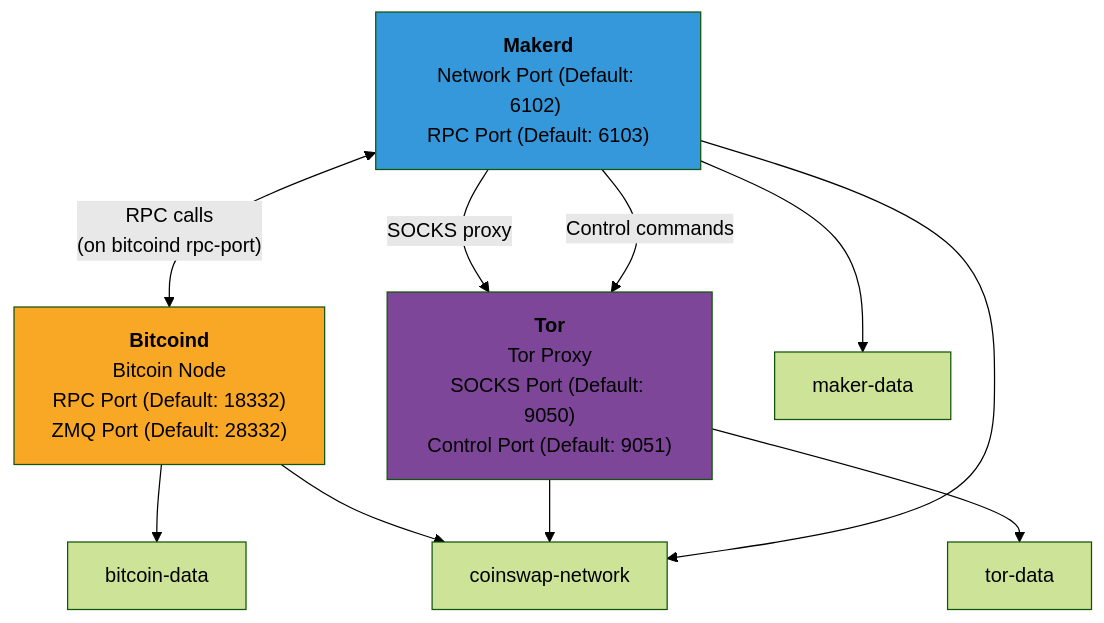
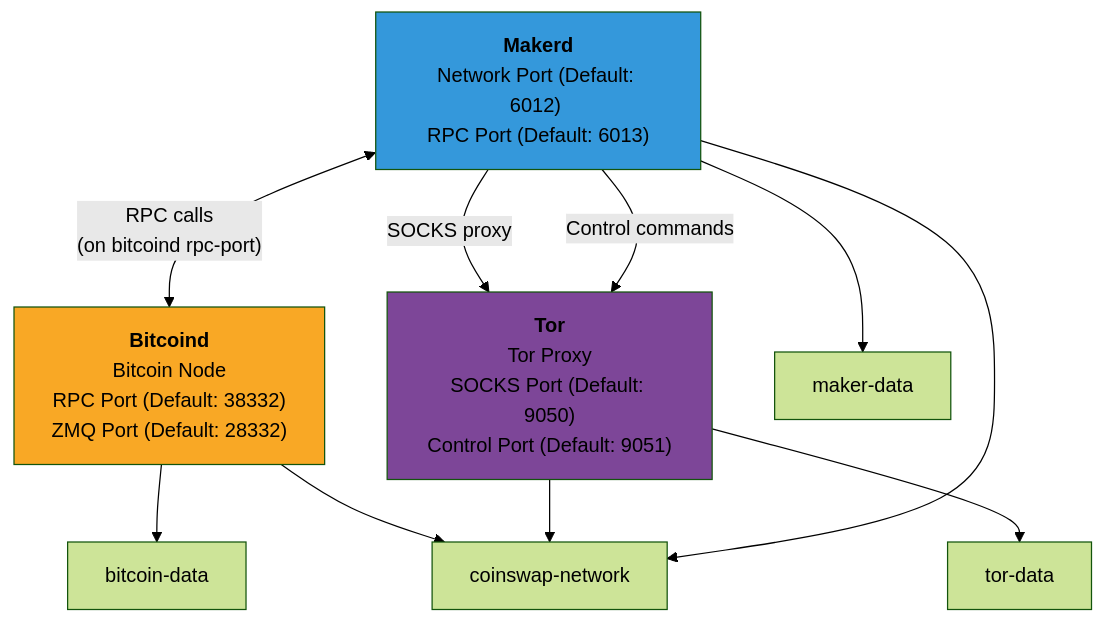
Before and after one commit to citadel-tech/coinswap: the diagram in docs/docker.md, drawn with Mermaid (forest theme). The commit also changed other lines of this file and 2 other files, not shown here.

````diff
--- a/docs/docker.md
+++ b/docs/docker.md
@@ -25,32 +26,32 @@
 ```mermaid
 graph TD
-    bitcoind["<b>Bitcoind</b><br/>Bitcoin Node<br/>RPC Port (Default: 18332)<br/>ZMQ Port (Default: 28332)"]
+    bitcoind["<b>Bitcoind</b><br/>Bitcoin Node<br/>RPC Port (Default: 38332)<br/>ZMQ Port (Default: 28332)"]
     tor["<b>Tor</b><br/>Tor Proxy<br/>SOCKS Port (Default: 9050)<br/>Control Port (Default: 9051)"]
-    makerd["<b>Makerd</b><br/>Network Port (Default: 6102) <br/>RPC Port (Default: 6103)"]
+    makerd["<b>Makerd</b><br/>Network Port (Default: 6012) <br/>RPC Port (Default: 6013)"]
     
     bitcoin_vol["bitcoin-data"]
     tor_vol["tor-data"]
     maker_vol["maker-data"]
     
     network["coinswap-network"]
     
     makerd <-->|"RPC calls <br> (on bitcoind rpc-port)"| bitcoind
     makerd -->|SOCKS proxy| tor
     makerd -->|Control commands| tor
     
     bitcoind --> bitcoin_vol
     tor --> tor_vol
     makerd --> maker_vol
     
     bitcoind --> network
     tor --> network
     makerd --> network
     
     style bitcoind fill:#f9a825
     style tor fill:#7d4698
     style makerd fill:#3498db
     style network fill:#e8f4f
     style bitcoin_vol fill:#ecf0f
     style tor_vol fill:#ecf0f
     style maker_vol fill:#fcf0f
 ```
````
